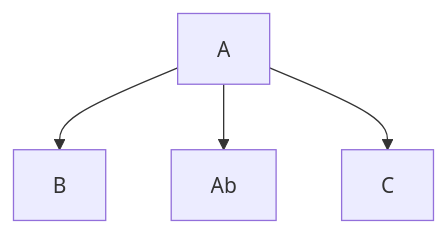
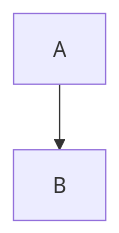
One commit to maarinku/conlangs changed the diagram in sermaa-languages.md. Above: the diagram before and after it, drawn with Mermaid. The commit also changed other lines of this file, not shown here.

````diff
--- a/sermaa-languages.md
+++ b/sermaa-languages.md
@@ -2,6 +5,4 @@
 ```mermaid
-graph TD
-	A-->B
-	A-->Ab
-	A-->C
+graph TD;
+	A --> B;
 ```
````
